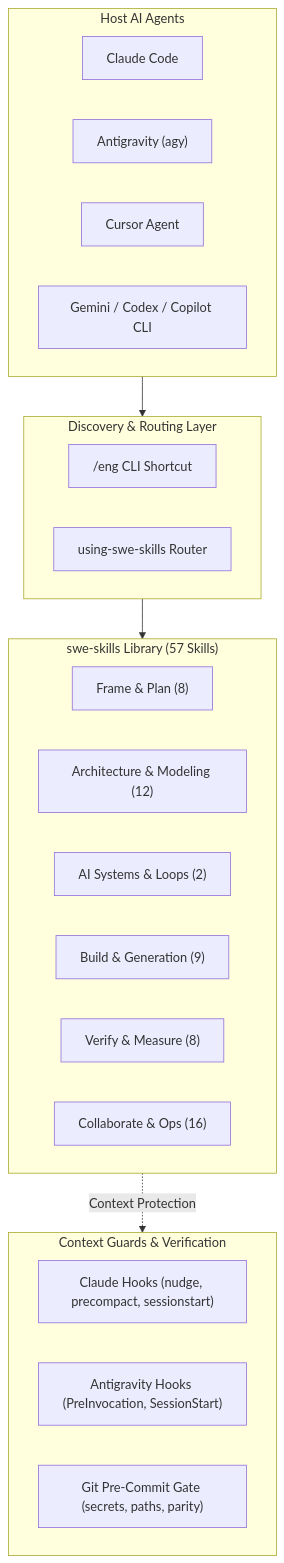
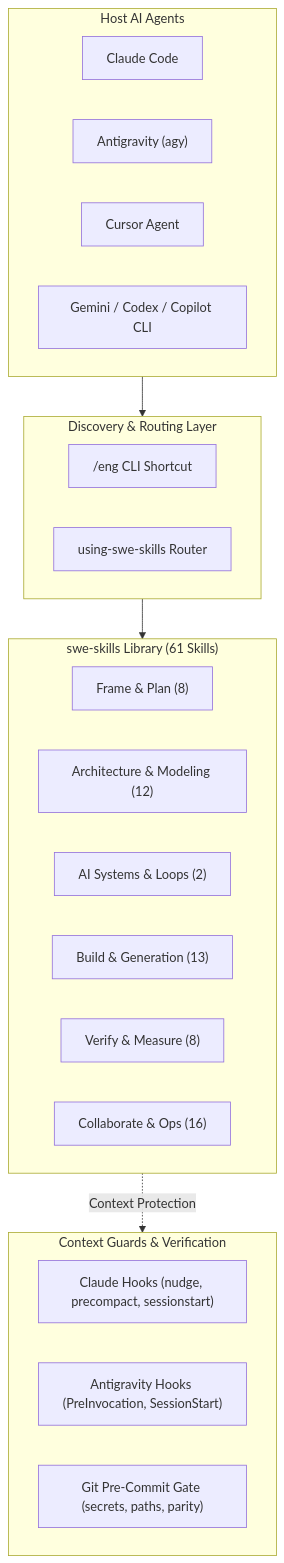
One commit to bsommers/swe-skills-2 changed the diagram in docs/usermanual/README.md. Above: the diagram before and after it, drawn with Mermaid. The commit also changed other lines of this file and 9 other files, not shown here.

````diff
--- a/docs/usermanual/README.md
+++ b/docs/usermanual/README.md
@@ -36,33 +36,33 @@
 ```mermaid
 flowchart TD
     subgraph AgentHosts["Host AI Agents"]
         Claude["Claude Code"]
         Agy["Antigravity (agy)"]
         Cursor["Cursor Agent"]
         Other["Gemini / Codex / Copilot CLI"]
     end
 
     subgraph RouterLayer["Discovery & Routing Layer"]
         Eng["/eng CLI Shortcut"]
         UsingSwe["using-swe-skills Router"]
     end
 
-    subgraph SkillSuite["swe-skills Library (57 Skills)"]
+    subgraph SkillSuite["swe-skills Library (61 Skills)"]
         Plan["Frame & Plan (8)"]
         Arch["Architecture & Modeling (12)"]
         AI["AI Systems & Loops (2)"]
-        Build["Build & Generation (9)"]
+        Build["Build & Generation (13)"]
         Verify["Verify & Measure (8)"]
         Ops["Collaborate & Ops (16)"]
     end
 
     subgraph RuntimeHooks["Context Guards & Verification"]
         ClaudeHooks["Claude Hooks (nudge, precompact, sessionstart)"]
         AgyHooks["Antigravity Hooks (PreInvocation, SessionStart)"]
         GitHooks["Git Pre-Commit Gate (secrets, paths, parity)"]
     end
 
     AgentHosts --> RouterLayer
     RouterLayer --> SkillSuite
     SkillSuite -. Context Protection .-> RuntimeHooks
 ```
````
